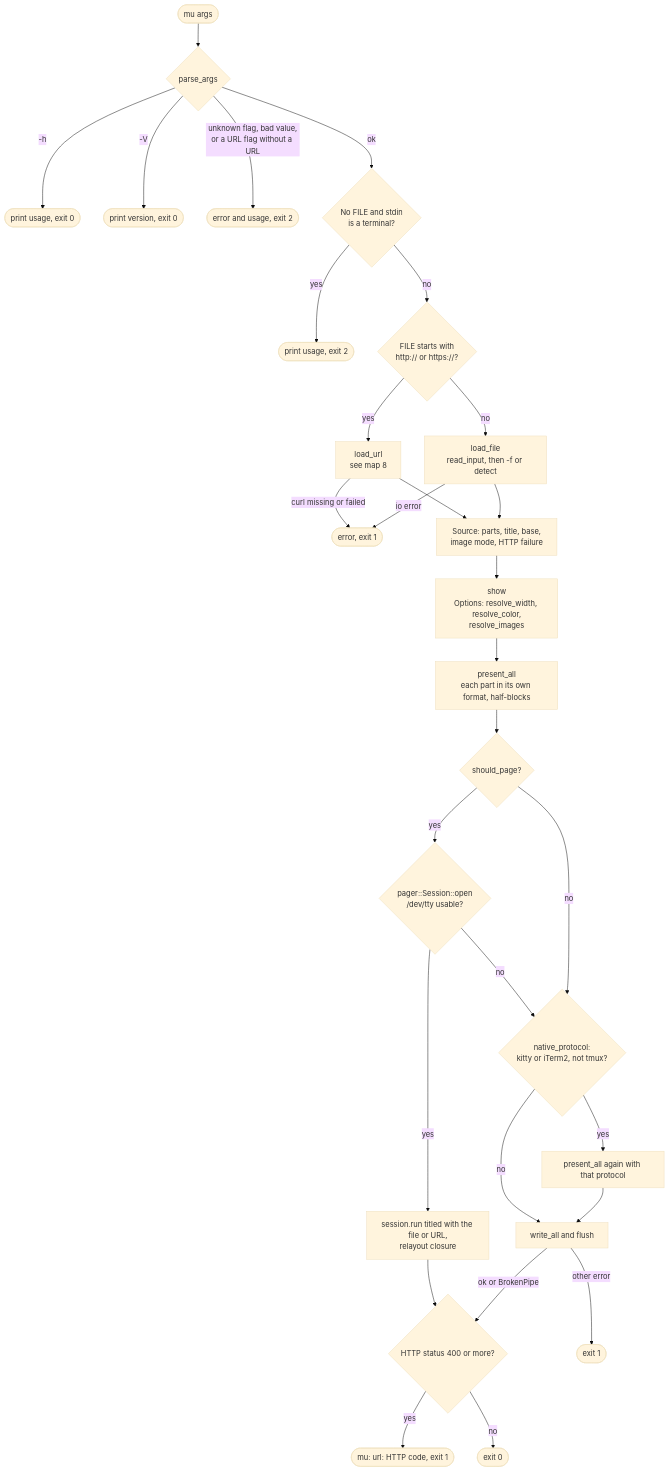
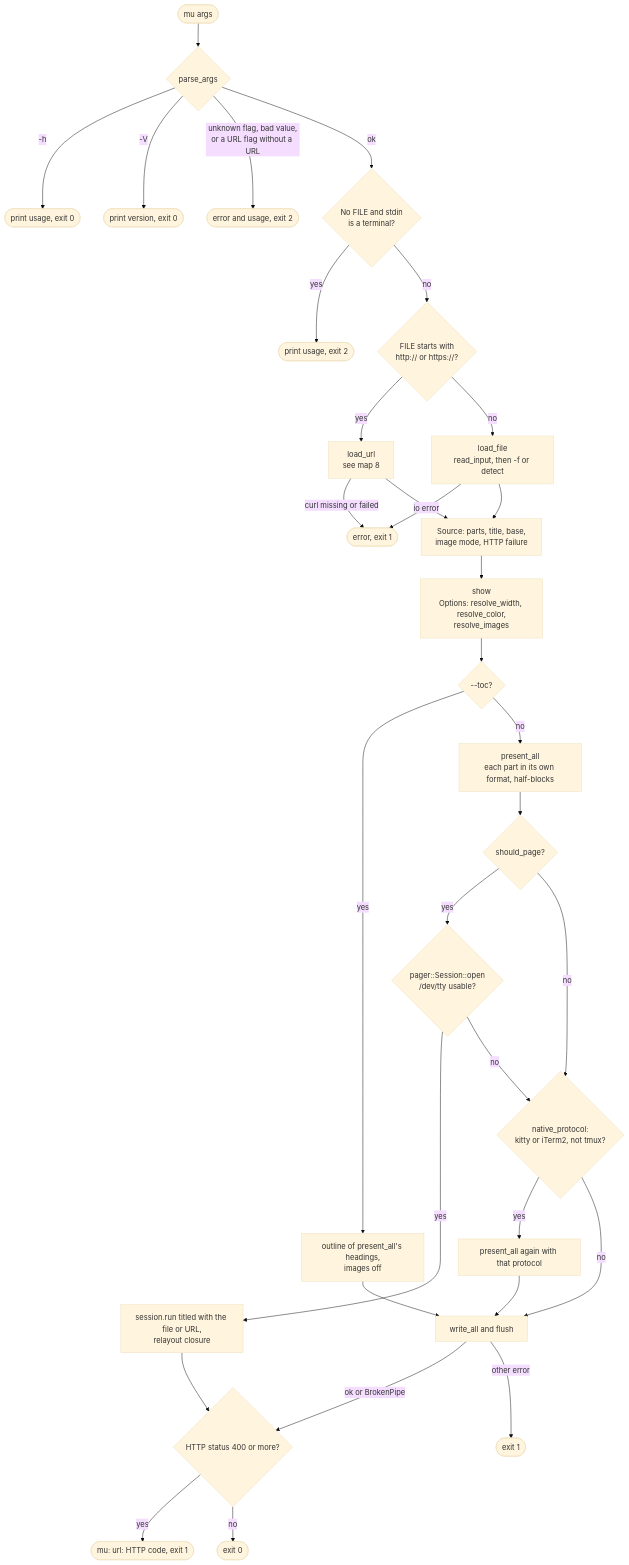
One commit to machinageist/mu changed the second of 8 diagrams in docs/wiki/logic-maps.md. Above: the diagram before and after it, drawn with Mermaid (base theme). The commit also changed other lines of this file and 2 other files, not shown here.

````diff
--- a/docs/wiki/logic-maps.md
+++ b/docs/wiki/logic-maps.md
@@ -47,31 +52,34 @@
 ```mermaid
 flowchart TD
   S(["mu args"]) --> PA{"parse_args"}
   PA -->|"-h"| H(["print usage, exit 0"])
   PA -->|"-V"| V(["print version, exit 0"])
   PA -->|"unknown flag, bad value,<br/>or a URL flag without a URL"| E2(["error and usage, exit 2"])
   PA -->|"ok"| T{"No FILE and stdin<br/>is a terminal?"}
   T -->|"yes"| U(["print usage, exit 2"])
   T -->|"no"| ISU{"FILE starts with<br/>http:// or https://?"}
   ISU -->|"yes"| LU["load_url<br/>see map 8"]
   ISU -->|"no"| LF["load_file<br/>read_input, then -f or detect"]
   LU -->|"curl missing or failed"| E1(["error, exit 1"])
   LF -->|"io error"| E1
   LU --> SRC["Source: parts, title, base,<br/>image mode, HTTP failure"]
   LF --> SRC
   SRC --> SH["show<br/>Options: resolve_width, resolve_color,<br/>resolve_images"]
-  SH --> P["present_all<br/>each part in its own format, half-blocks"]
+  SH --> TOC{"--toc?"}
+  TOC -->|"yes"| OL["outline of present_all's headings,<br/>images off"]
+  OL --> WR
+  TOC -->|"no"| P["present_all<br/>each part in its own format, half-blocks"]
   P --> SP{"should_page?"}
   SP -->|"yes"| SO{"pager::Session::open<br/>/dev/tty usable?"}
   SO -->|"yes"| RUN["session.run titled with the file or URL,<br/>relayout closure"]
   SO -->|"no"| NP
   SP -->|"no"| NP{"native_protocol:<br/>kitty or iTerm2, not tmux?"}
   NP -->|"yes"| RN["present_all again with that protocol"]
   NP -->|"no"| WR["write_all and flush"]
   RN --> WR
   RUN --> HF
   WR -->|"ok or BrokenPipe"| HF{"HTTP status 400 or more?"}
   WR -->|"other error"| X1(["exit 1"])
   HF -->|"yes"| X1h(["mu: url: HTTP code, exit 1"])
   HF -->|"no"| X0(["exit 0"])
 ```
````
